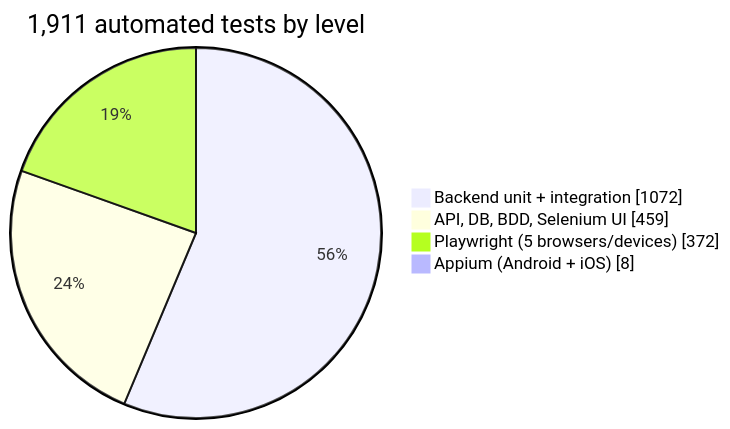
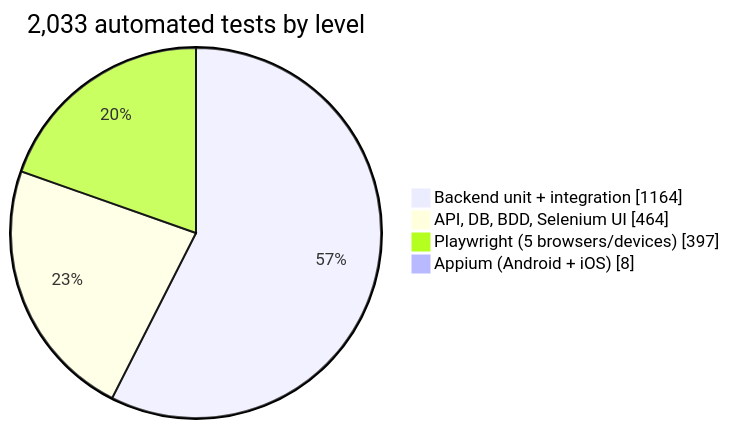
The first of 2 diagrams in README.md (rbchy/RbcTcsWorld), drawn with Mermaid before and after one commit. The commit also changed other lines of this file and 4 other files, not shown here.

First line of the commit message:
README and roadmap: affiliate first, own shop later; numbers of 4 Nov

````diff
--- a/README.md
+++ b/README.md
@@ -44,8 +46,8 @@
 ```mermaid
 pie showData
-    title 1,911 automated tests by level
-    "Backend unit + integration" : 1072
-    "API, DB, BDD, Selenium UI" : 459
-    "Playwright (5 browsers/devices)" : 372
+    title 2,033 automated tests by level
+    "Backend unit + integration" : 1164
+    "API, DB, BDD, Selenium UI" : 464
+    "Playwright (5 browsers/devices)" : 397
     "Appium (Android + iOS)" : 8
 ```
````
